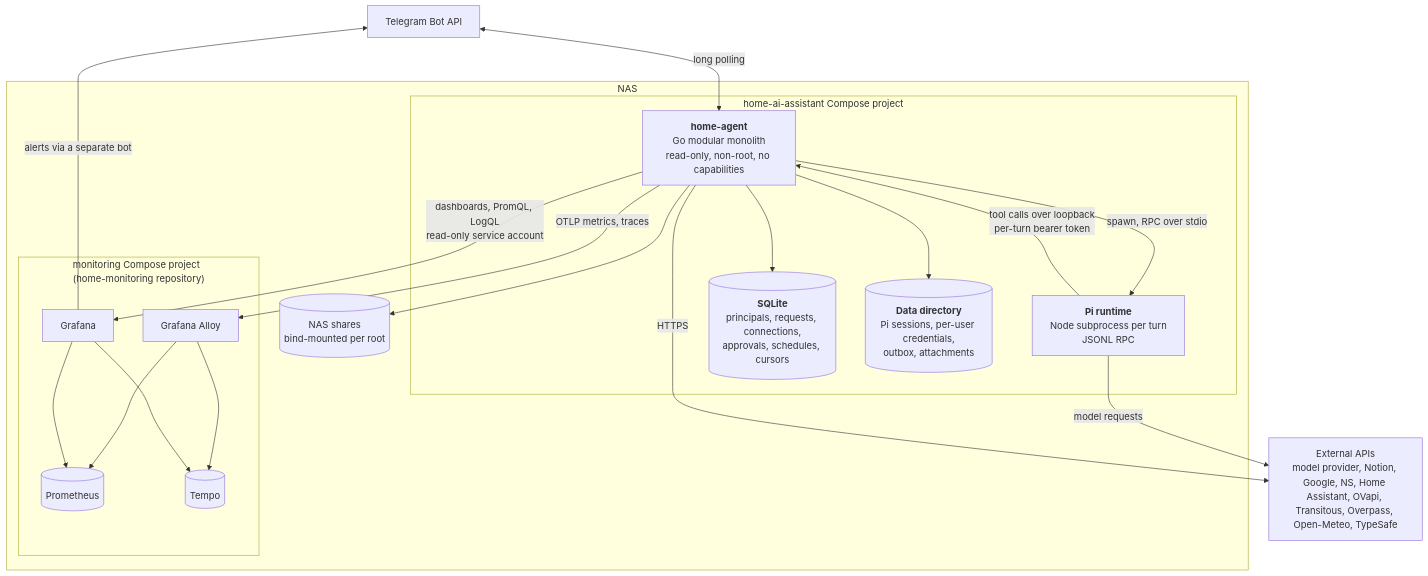
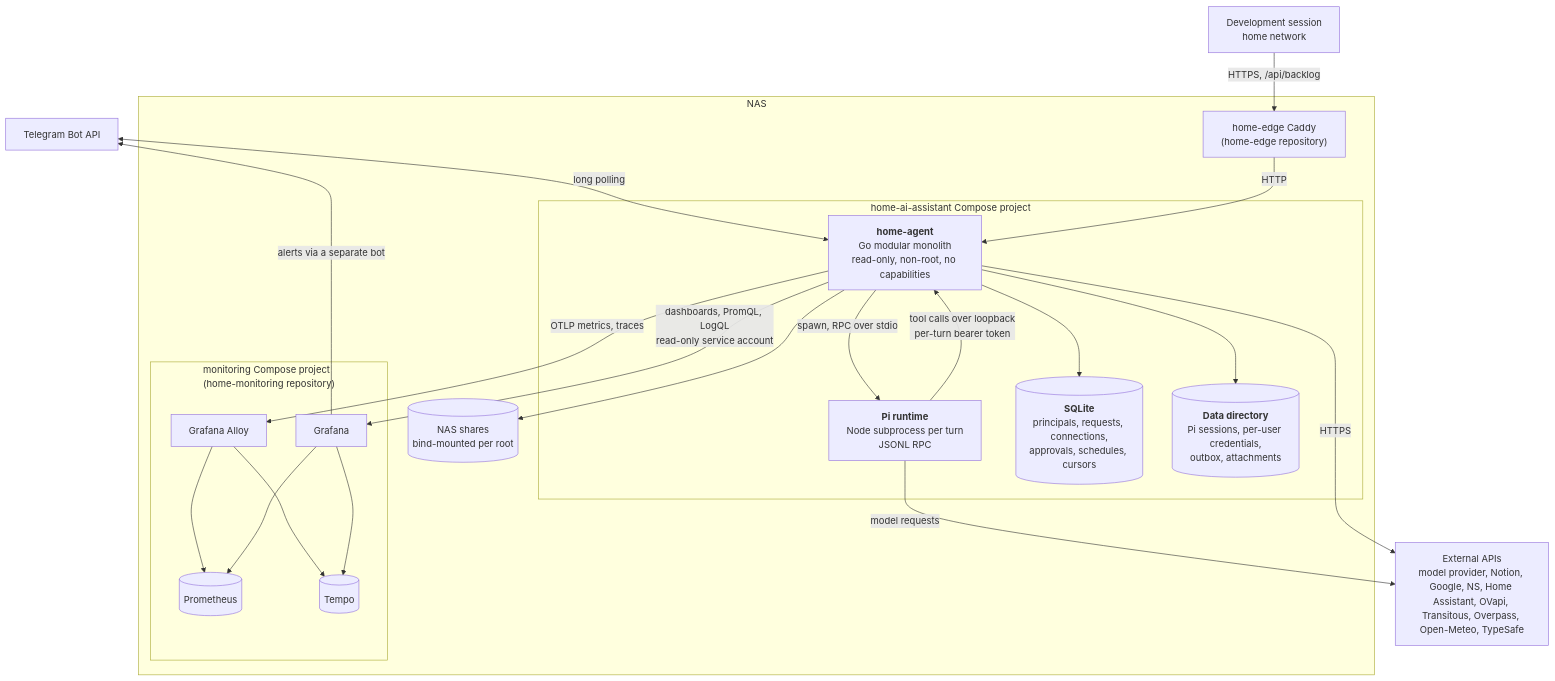
The second of 3 diagrams in docs/architecture.md (vladar107/home-ai-assistant), drawn with Mermaid before and after one commit. The commit also changed other lines of this file and 10 other files, not shown here.

Commit message:
feat: serve the backlog over HTTP for development sessions

````diff
--- a/docs/architecture.md
+++ b/docs/architecture.md
@@ -53,37 +53,41 @@
 ```mermaid
 flowchart TB
     telegram["Telegram Bot API"]
     ext["External APIs<br/>model provider, Notion, Google, NS, Home Assistant, OVapi, Transitous, Overpass, Open-Meteo, TypeSafe"]
 
     subgraph nas["NAS"]
         subgraph app["home-ai-assistant Compose project"]
             go["<b>home-agent</b><br/>Go modular monolith<br/>read-only, non-root, no capabilities"]
             pi["<b>Pi runtime</b><br/>Node subprocess per turn<br/>JSONL RPC"]
             db[("<b>SQLite</b><br/>principals, requests, connections,<br/>approvals, schedules, cursors")]
             files[("<b>Data directory</b><br/>Pi sessions, per-user credentials,<br/>outbox, attachments")]
         end
         subgraph mon["monitoring Compose project<br/>(home-monitoring repository)"]
             alloy["Grafana Alloy"]
             prom[("Prometheus")]
             tempo[("Tempo")]
             grafana["Grafana"]
         end
+        caddy["home-edge Caddy<br/>(home-edge repository)"]
         shares[("NAS shares<br/>bind-mounted per root")]
     end
+    dev["Development session<br/>home network"]
 
     telegram <-->|long polling| go
     go -->|spawn, RPC over stdio| pi
     pi -->|tool calls over loopback<br/>per-turn bearer token| go
     pi -->|model requests| ext
     go -->|HTTPS| ext
     go -->|dashboards, PromQL, LogQL<br/>read-only service account| grafana
     go --> db
     go --> files
     go --> shares
     go -->|OTLP metrics, traces| alloy
+    dev -->|HTTPS, /api/backlog| caddy
+    caddy -->|HTTP| go
     alloy --> prom
     alloy --> tempo
     grafana --> prom
     grafana --> tempo
     grafana -->|alerts via a separate bot| telegram
 ```
````
